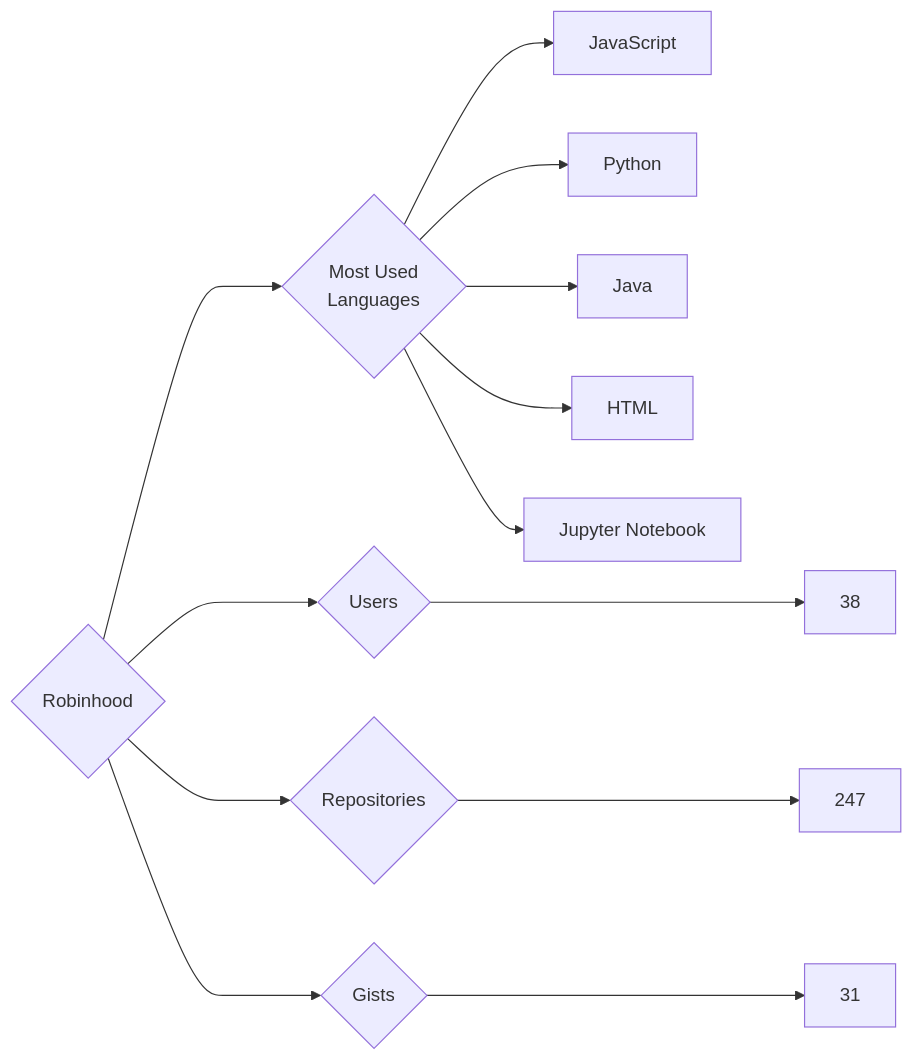
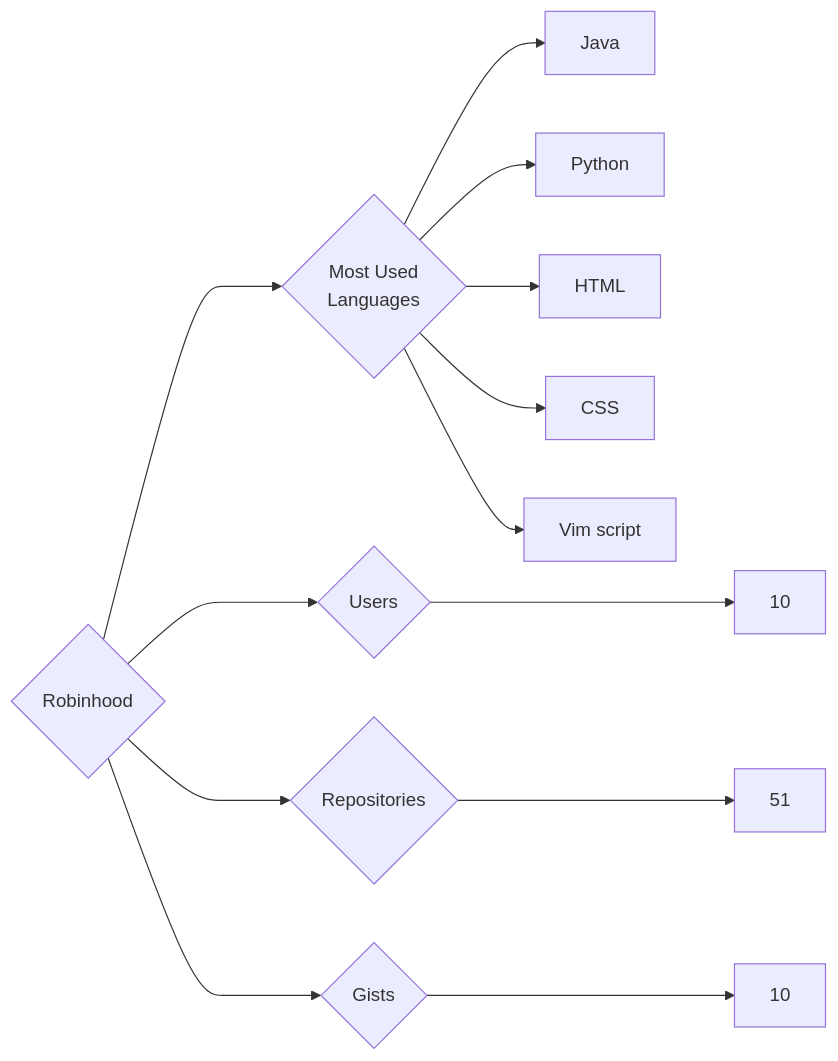
Before and after one commit to trickest/insiders: the diagram in targets/Robinhood/README.md, drawn with Mermaid. The commit also changed 972 other files, not shown here.

````diff
--- a/targets/Robinhood/README.md
+++ b/targets/Robinhood/README.md
@@ -3,13 +3,13 @@
 ```mermaid
 graph LR
 COMPANY_NAME{Robinhood}
-COMPANY_NAME ---> U{Users} ---> UN[38]
-COMPANY_NAME ---> R{Repositories} ---> RN[247]
-COMPANY_NAME ---> G{Gists} ---> GN[31]
+COMPANY_NAME ---> U{Users} ---> UN[10]
+COMPANY_NAME ---> R{Repositories} ---> RN[51]
+COMPANY_NAME ---> G{Gists} ---> GN[10]
 COMPANY_NAME ---> ML{Most Used<br>Languages}
-ML --> JavaScript[JavaScript]
+ML --> Java[Java]
 ML --> Python[Python]
-ML --> Java[Java]
 ML --> HTML[HTML]
-ML --> Jupyter_Notebook[Jupyter Notebook]
+ML --> CSS[CSS]
+ML --> Vim_script[Vim script]
 ```
````
